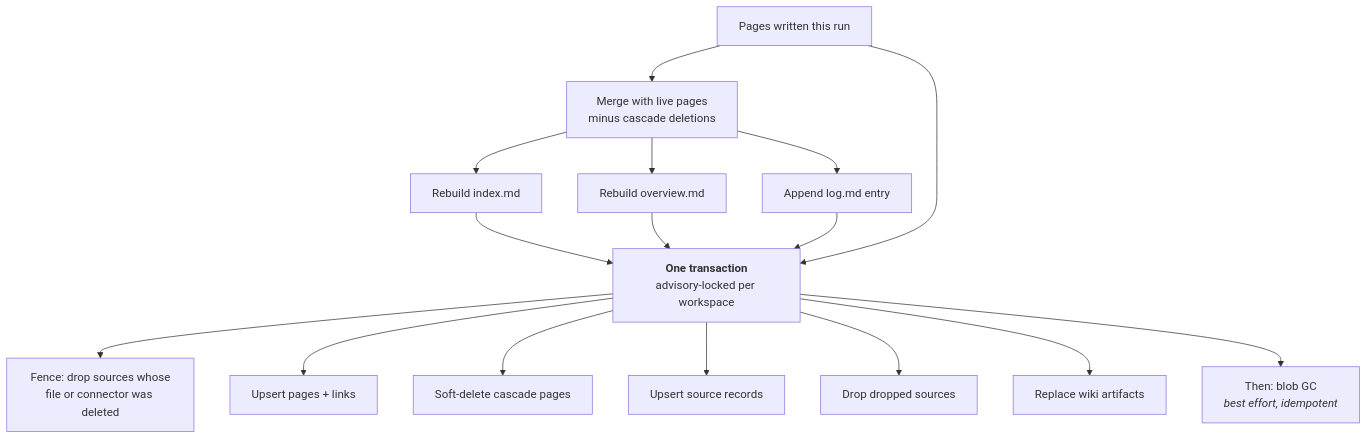
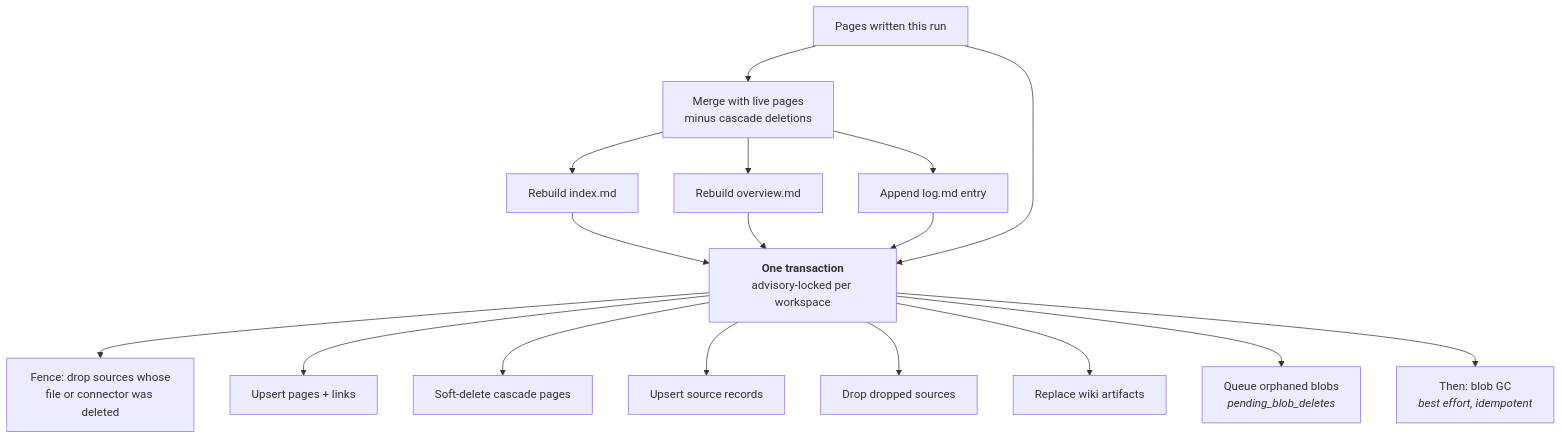
One commit to daiwa-zou/kiln changed the tenth of 17 diagrams in docs/architecture.md. Above: the diagram before and after it, drawn with Mermaid. The commit also changed other lines of this file and 19 other files, not shown here.

````diff
--- a/docs/architecture.md
+++ b/docs/architecture.md
@@ -573,18 +573,19 @@
 ```mermaid
 flowchart TD
     W["Pages written this run"] --> M["Merge with live pages<br/>minus cascade deletions"]
     M --> IX["Rebuild index.md"]
     M --> OV["Rebuild overview.md"]
     M --> LG["Append log.md entry"]
     IX --> TX
     OV --> TX
     LG --> TX
     W --> TX["<b>One transaction</b><br/>advisory-locked per workspace"]
     TX --> FN["Fence: drop sources whose<br/>file or connector was deleted"]
     TX --> UP["Upsert pages + links"]
     TX --> SD["Soft-delete cascade pages"]
     TX --> SR["Upsert source records"]
     TX --> DS["Drop dropped sources"]
     TX --> AR["Replace wiki artifacts"]
+    TX --> PQ["Queue orphaned blobs<br/><i>pending_blob_deletes</i>"]
     TX --> GC["Then: blob GC<br/><i>best effort, idempotent</i>"]
 ```
````
